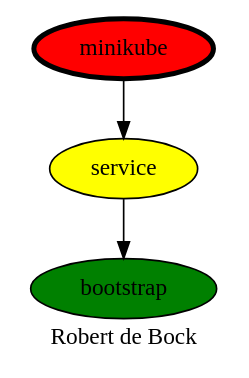
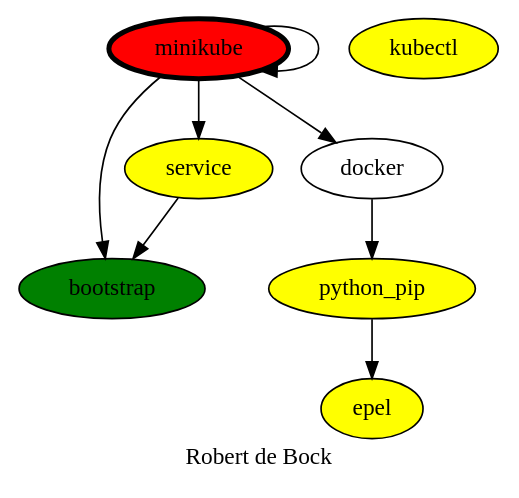
Before and after one commit to robertdebock/drawings: the diagram in minikube.dot, drawn with Graphviz.

Commit message:
Add minikube

```diff
--- a/minikube.dot
+++ b/minikube.dot
@@ -1,11 +1,16 @@
 digraph PhiloDilemma {
   label = "Robert de Bock" ;
   overlap=false
   {
     bootstrap [fillcolor=green style=filled]
     service [fillcolor=yellow style=filled]
+    epel [fillcolor=yellow style=filled]
+    python_pip [fillcolor=yellow style=filled]
+    kubectl [fillcolor=yellow style=filled]
     minikube [fillcolor=red style=filled penwidth=3]
   }
-  minikube -> service
-  service -> bootstrap
+  minikube -> {service minikube docker}
+  docker -> python_pip
+  python_pip -> epel
+  {minikube service} -> bootstrap
 }
```
